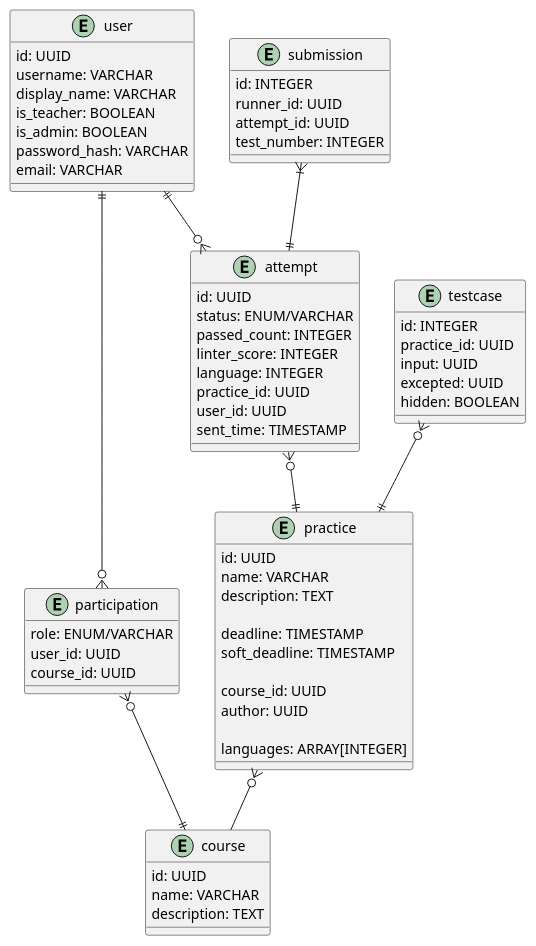
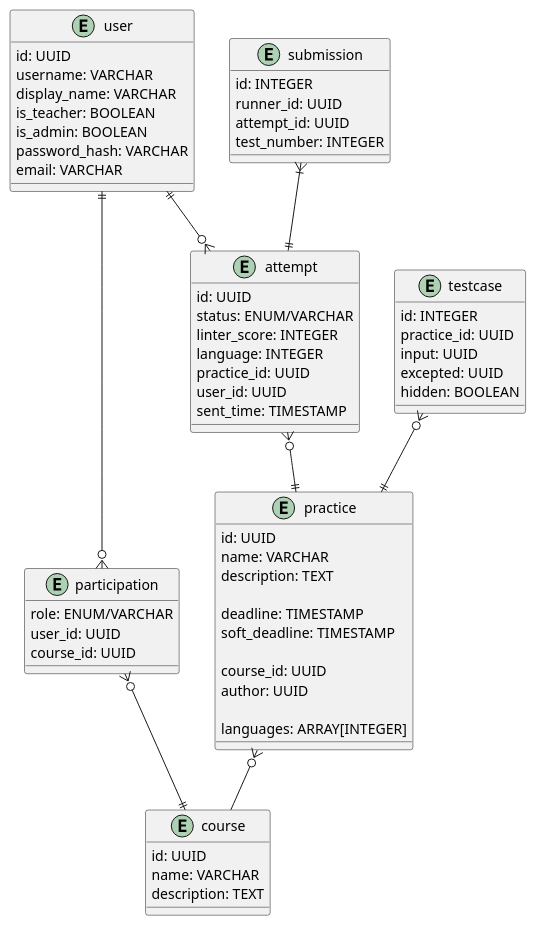
One commit to AKovalyuk/automated-lab-testing-sibfu-backend changed the diagram in doc/entity-relationship.puml. Above: the diagram before and after it, drawn with PlantUML. The commit also changed 2 other files, not shown here.

```diff
--- a/doc/entity-relationship.puml
+++ b/doc/entity-relationship.puml
@@ -1,73 +1,72 @@
 @startuml
 
 entity user {
     id: UUID
     username: VARCHAR
     display_name: VARCHAR
     is_teacher: BOOLEAN
     is_admin: BOOLEAN
     password_hash: VARCHAR
     email: VARCHAR
 }
 
 entity participation {
     role: ENUM/VARCHAR
     user_id: UUID
     course_id: UUID
 }
 
 entity course {
     id: UUID
     name: VARCHAR
     description: TEXT
 }
 
 entity practice {
     id: UUID
     name: VARCHAR
     description: TEXT
 
     deadline: TIMESTAMP
     soft_deadline: TIMESTAMP
 
     course_id: UUID
     author: UUID
 
     languages: ARRAY[INTEGER]
 }
 
 entity testcase {
     id: INTEGER
     practice_id: UUID
     input: UUID
     excepted: UUID
     hidden: BOOLEAN
 }
 
 entity attempt {
     id: UUID
     status: ENUM/VARCHAR
-    passed_count: INTEGER
     linter_score: INTEGER
     language: INTEGER
     practice_id: UUID
     user_id: UUID
     sent_time: TIMESTAMP
 }
 
 entity submission {
     id: INTEGER
     runner_id: UUID
     attempt_id: UUID
     test_number: INTEGER
 }
 
 user ||--o{ attempt
 attempt }o--|| practice
 user ||--o{ participation
 participation }o--|| course
 practice }o-- course
 submission }|--|| attempt
 testcase }o--|| practice
 
 @enduml
```
